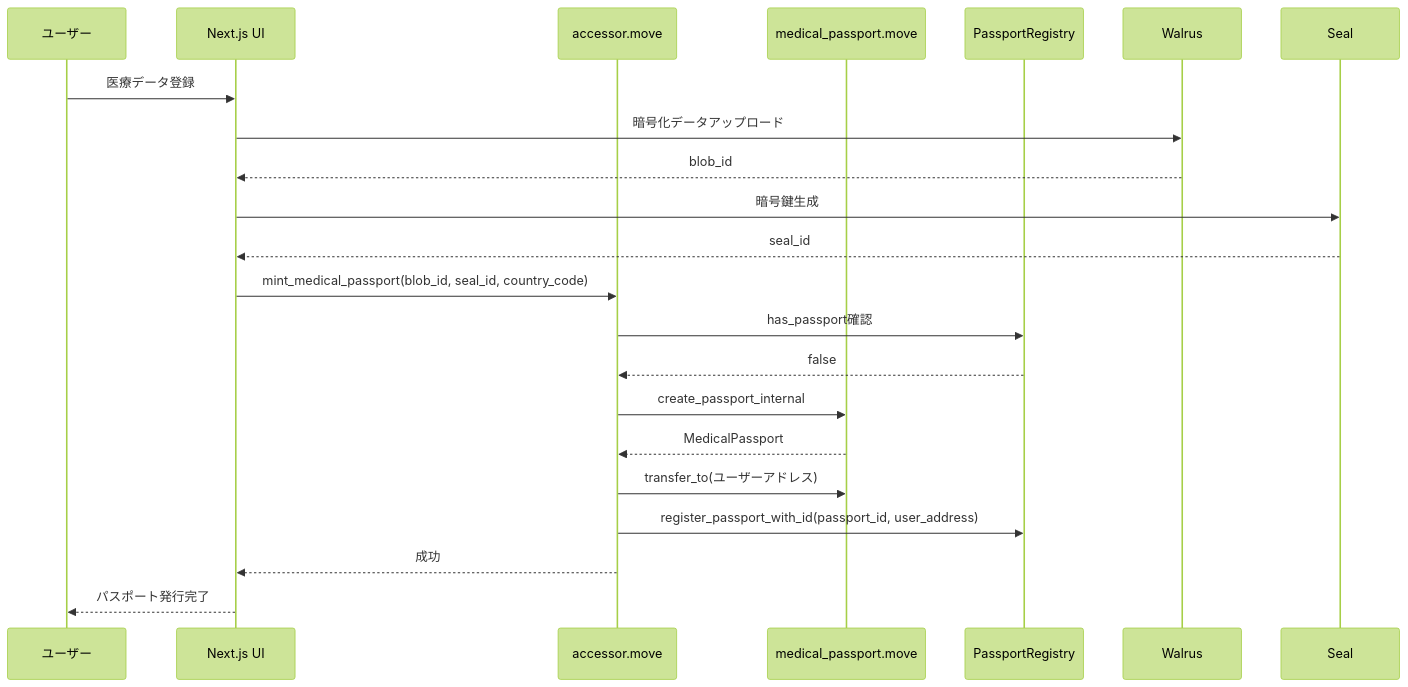
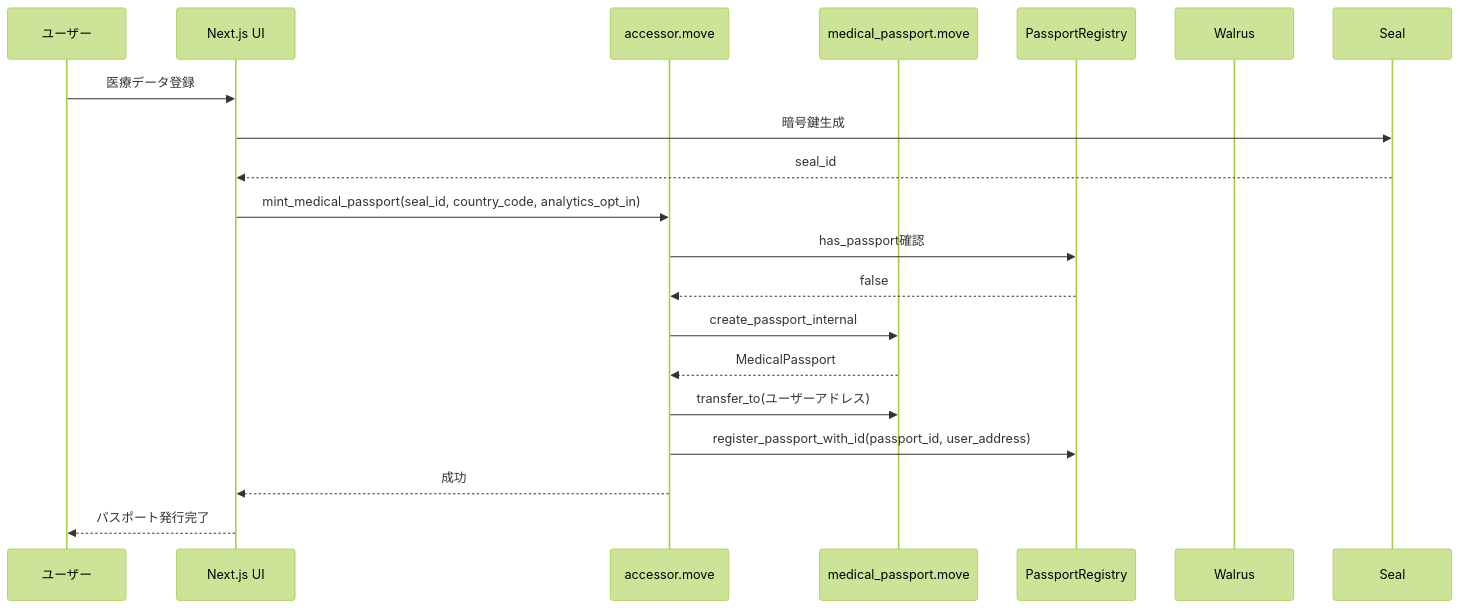
The second of 6 diagrams in docs/contract.md (UnagiLabs/cure_pocket), drawn with Mermaid (forest theme) before and after one commit. The commit also changed other lines of this file, not shown here.

````diff
--- a/docs/contract.md
+++ b/docs/contract.md
@@ -113,25 +115,23 @@
 ```mermaid
 sequenceDiagram
     participant User as ユーザー
     participant UI as Next.js UI
     participant ACC as accessor.move
     participant MP as medical_passport.move
     participant REG as PassportRegistry
     participant WALRUS as Walrus
     participant SEAL as Seal
 
     User->>UI: 医療データ登録
-    UI->>WALRUS: 暗号化データアップロード
-    WALRUS-->>UI: blob_id
     UI->>SEAL: 暗号鍵生成
     SEAL-->>UI: seal_id
-    UI->>ACC: mint_medical_passport(blob_id, seal_id, country_code)
+    UI->>ACC: mint_medical_passport(seal_id, country_code, analytics_opt_in)
     ACC->>REG: has_passport確認
     REG-->>ACC: false
     ACC->>MP: create_passport_internal
     MP-->>ACC: MedicalPassport
     ACC->>MP: transfer_to(ユーザーアドレス)
     ACC->>REG: register_passport_with_id(passport_id, user_address)
     ACC-->>UI: 成功
     UI-->>User: パスポート発行完了
 ```
````
